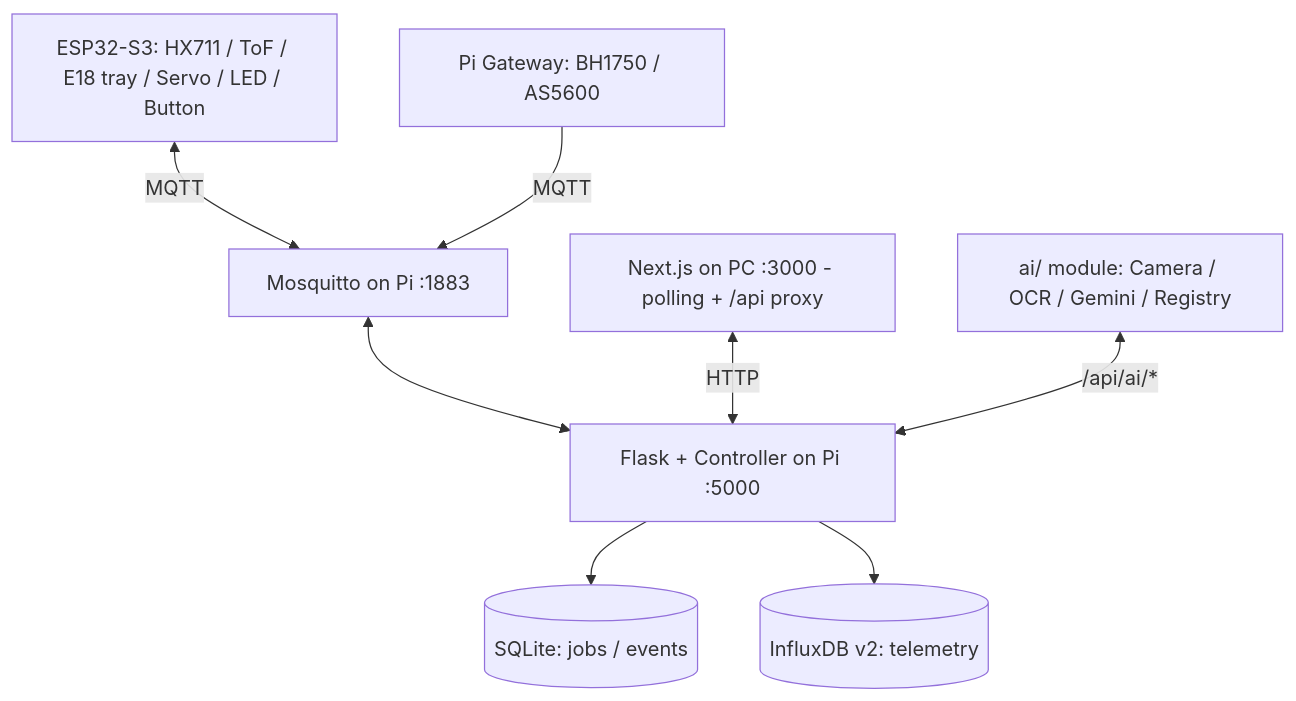
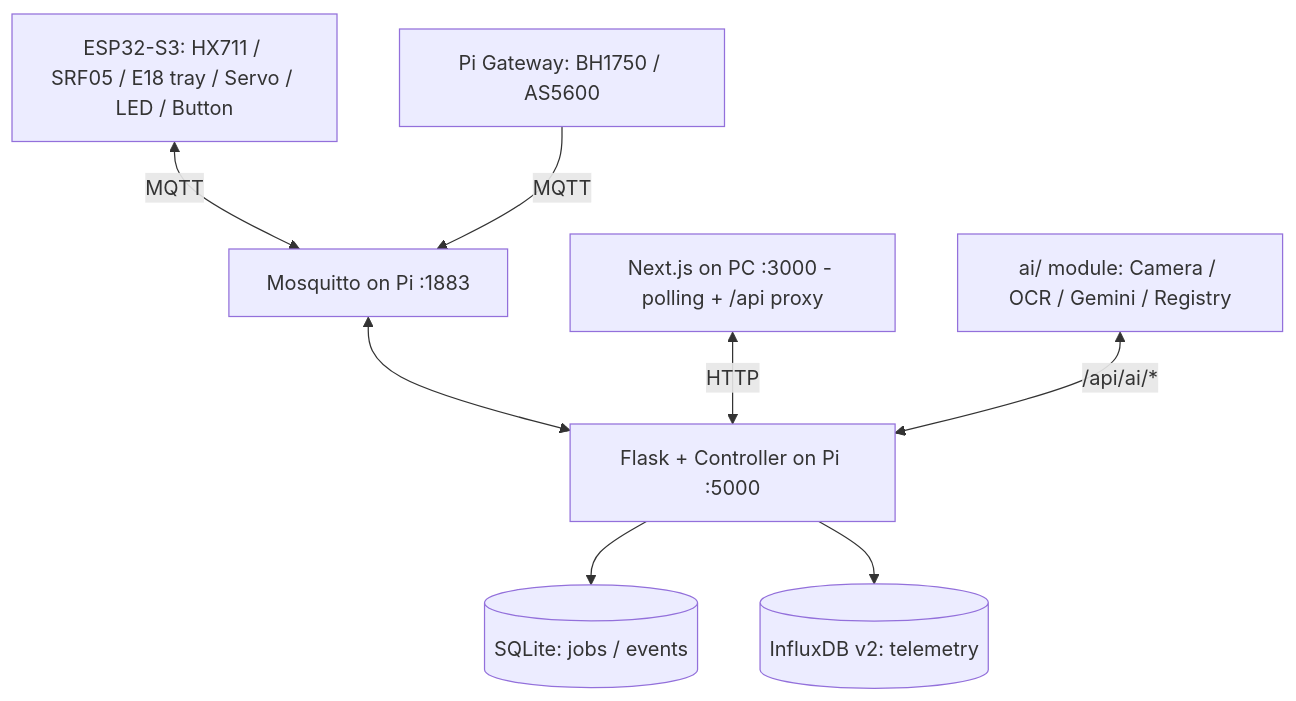
Before and after one commit to NAnont27/IoT-mini-sorting-hub: the diagram in AGENTS.md, drawn with Mermaid. The commit also changed other lines of this file and 16 other files, not shown here.

````diff
--- a/AGENTS.md
+++ b/AGENTS.md
@@ -111,18 +117,18 @@
 ```mermaid
 flowchart TB
-    ESP["ESP32-S3: HX711 / ToF / E18 tray / Servo / LED / Button"]
+    ESP["ESP32-S3: HX711 / SRF05 / E18 tray / Servo / LED / Button"]
     GW["Pi Gateway: BH1750 / AS5600"]
     MQTT["Mosquitto on Pi :1883"]
     HUB["Flask + Controller on Pi :5000"]
     WEB["Next.js on PC :3000 - polling + /api proxy"]
     SQL[(SQLite: jobs / events)]
     TS[(InfluxDB v2: telemetry)]
     AI["ai/ module: Camera / OCR / Gemini / Registry"]
     ESP <-->|MQTT| MQTT
     GW -->|MQTT| MQTT
     MQTT <--> HUB
     WEB <-->|HTTP| HUB
     HUB --> SQL
     HUB --> TS
     AI <-->|/api/ai/*| HUB
 ```
````
